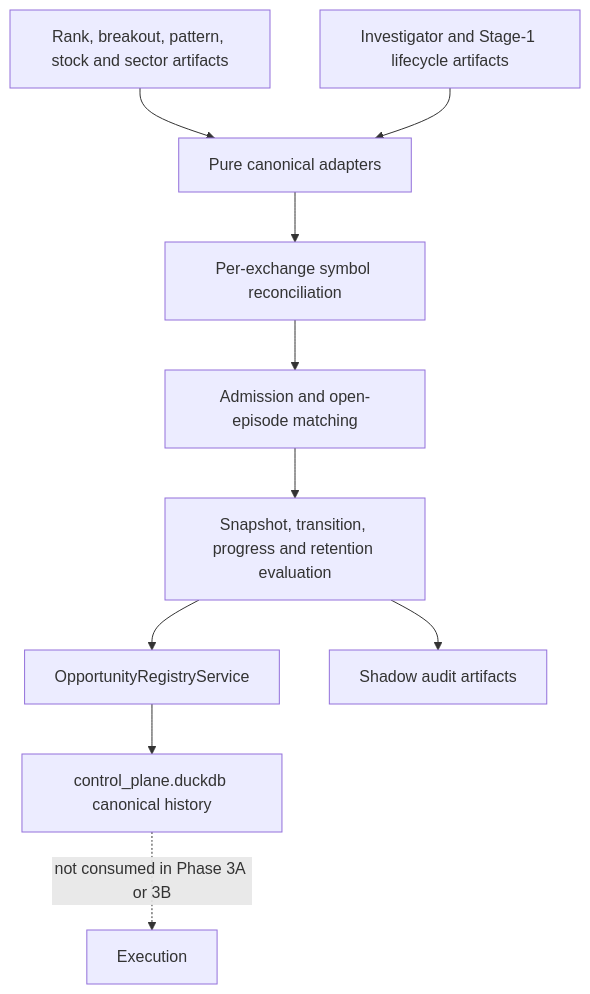
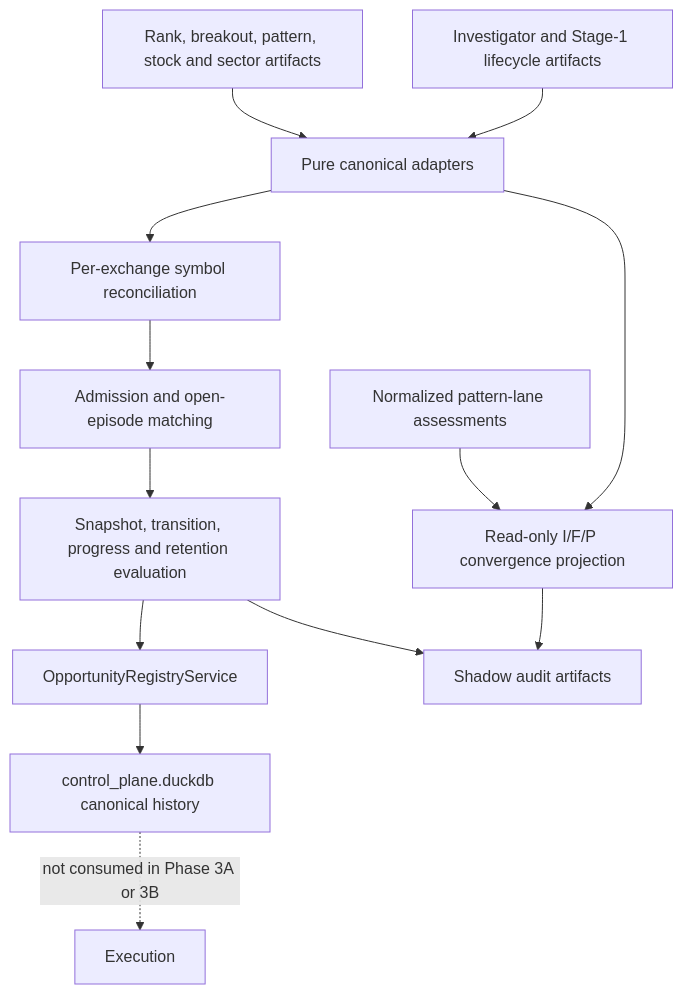
The diagram in docs/architecture/opportunity_shadow_orchestration.md (prashantsirohi/ai-trading-system), drawn with Mermaid before and after one commit. The commit also changed other lines of this file and 14 other files, not shown here.

````diff
--- a/docs/architecture/opportunity_shadow_orchestration.md
+++ b/docs/architecture/opportunity_shadow_orchestration.md
@@ -24,12 +24,15 @@
 ```mermaid
 flowchart TD
     R["Rank, breakout, pattern, stock and sector artifacts"] --> A["Pure canonical adapters"]
     I["Investigator and Stage-1 lifecycle artifacts"] --> A
+    P["Normalized pattern-lane assessments"] --> V["Read-only I/F/P convergence projection"]
+    A --> V
     A --> C["Per-exchange symbol reconciliation"]
     C --> M["Admission and open-episode matching"]
     M --> L["Snapshot, transition, progress and retention evaluation"]
     L --> D["OpportunityRegistryService"]
     L --> F["Shadow audit artifacts"]
+    V --> F
     D --> CP["control_plane.duckdb canonical history"]
     CP -. "not consumed in Phase 3A or 3B" .-> X["Execution"]
 ```
````
